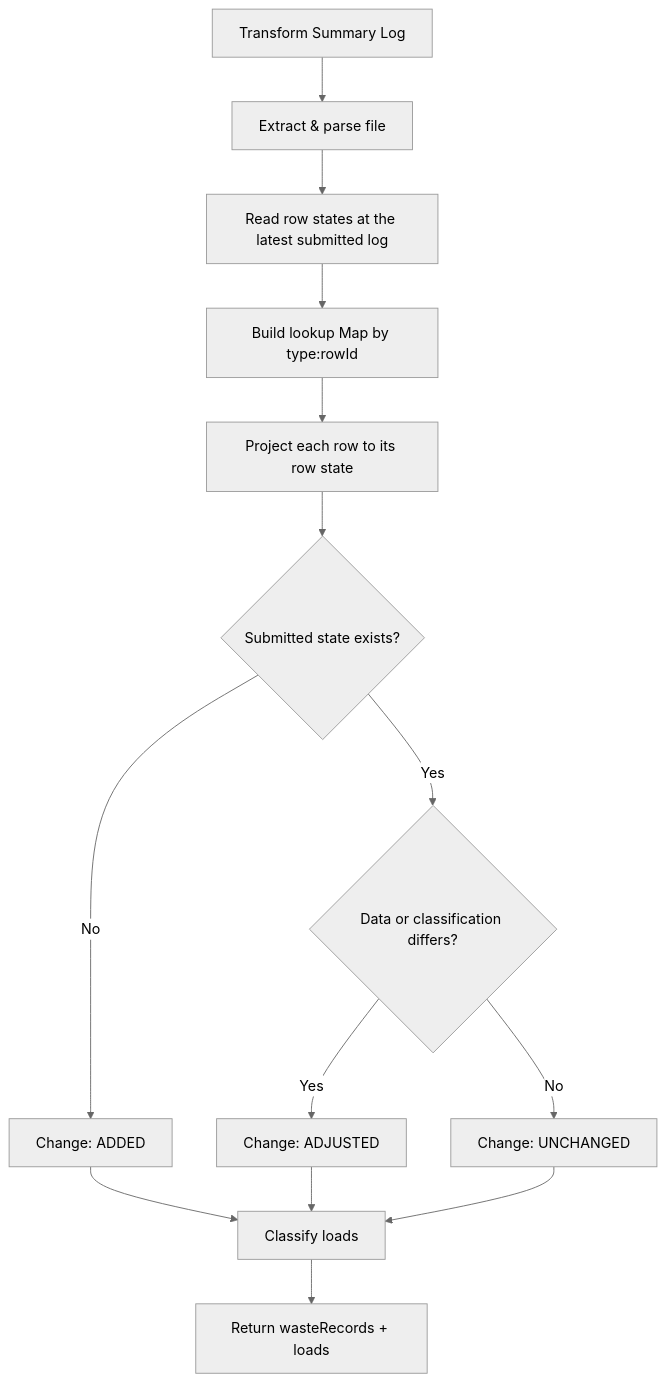
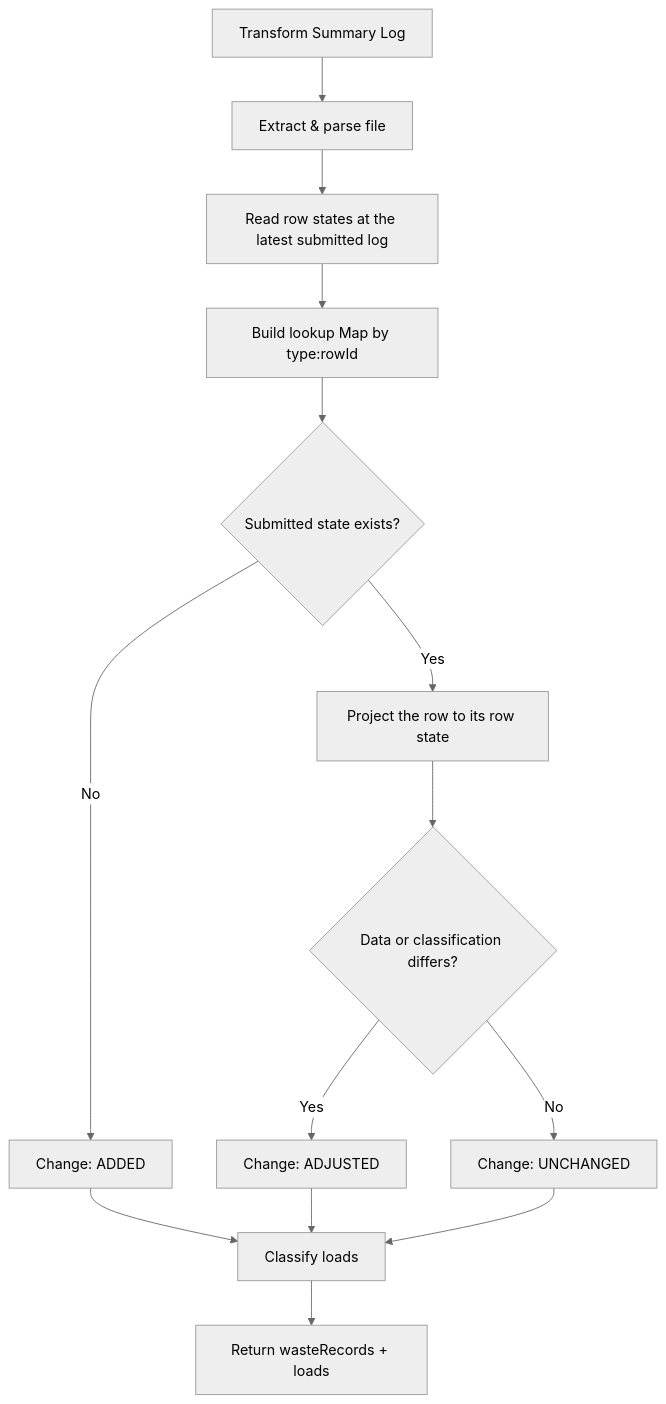
The fourth of 7 diagrams in docs/architecture/defined/summary-log-submission-lld.md (DEFRA/epr-re-ex-service), drawn with Mermaid (neutral theme) before and after one commit. The commit also changed other lines of this file and 1 other file, not shown here.

First line of the commit message:
Correct the row state claims a review found overstated

````diff
--- a/docs/architecture/defined/summary-log-submission-lld.md
+++ b/docs/architecture/defined/summary-log-submission-lld.md
@@ -279,16 +279,16 @@
 ```mermaid
 flowchart TD
     A[Transform Summary Log] --> B[Extract & parse file]
     B --> C[Read row states at the latest submitted log]
     C --> D[Build lookup Map by type:rowId]
-    D --> E[Project each row to its row state]
-    E --> F{Submitted state exists?}
-    F -->|Yes| G{Data or classification differs?}
+    D --> F{Submitted state exists?}
     F -->|No| H[Change: ADDED]
+    F -->|Yes| E[Project the row to its row state]
+    E --> G{Data or classification differs?}
     G -->|Yes| I[Change: ADJUSTED]
     G -->|No| J[Change: UNCHANGED]
     H --> M[Classify loads]
     I --> M
     J --> M
     M --> N[Return wasteRecords + loads]
 ```
````
